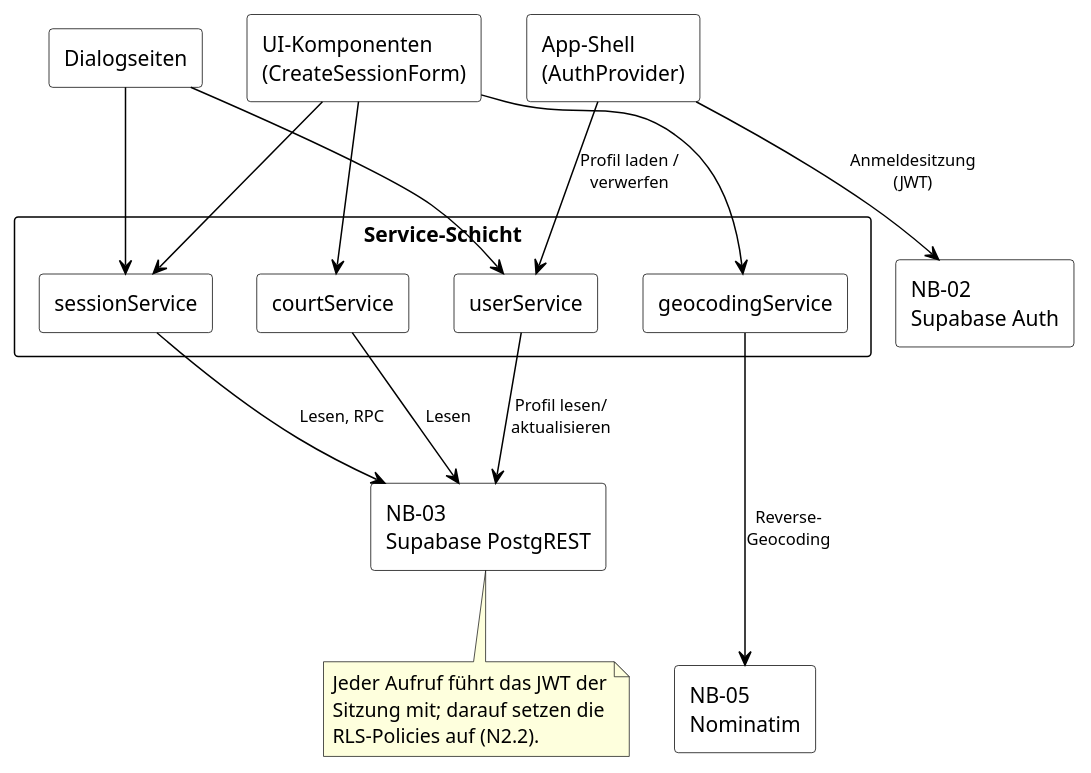
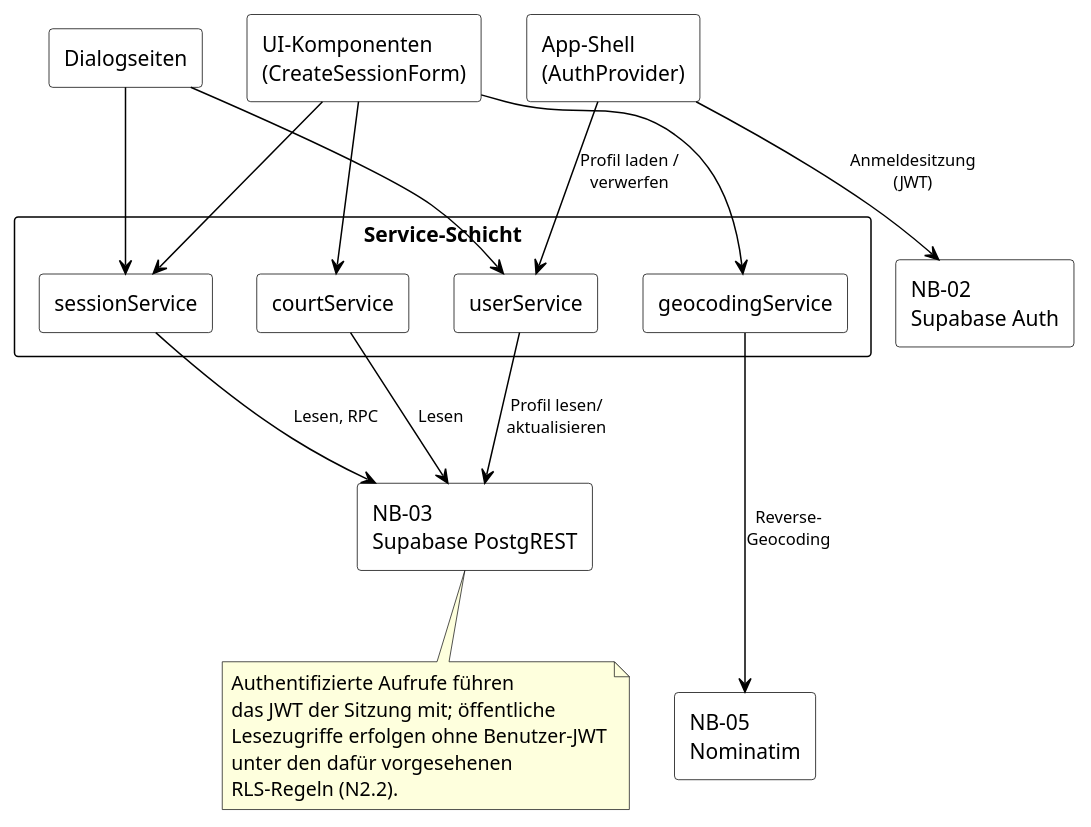
One commit to Finn5k/Wirtschaftsinformatik-Projekt-I changed the diagram in docs/arch/diagrams/A05-bausteinsicht-service-schicht.puml. Above: the diagram before and after it, drawn with PlantUML. The commit also changed 13 other files, not shown here.

Commit message:
docs: align final specification and architecture consistency

```diff
--- a/docs/arch/diagrams/A05-bausteinsicht-service-schicht.puml
+++ b/docs/arch/diagrams/A05-bausteinsicht-service-schicht.puml
@@ -1,58 +1,60 @@
 @startuml A05-bausteinsicht-service-schicht
 skinparam backgroundColor White
 skinparam shadowing false
 skinparam ArrowColor Black
 skinparam ArrowFontSize 11
 skinparam rectangle {
   BackgroundColor White
   BorderColor Black
 }
 skinparam nodesep 30
 skinparam ranksep 60
 
 rectangle "Dialogseiten" as Pages
 rectangle "UI-Komponenten\n(CreateSessionForm)" as UIComp
 rectangle "App-Shell\n(AuthProvider)" as Shell
 
 rectangle "**Service-Schicht**" {
   rectangle "sessionService" as SessionSvc
   rectangle "courtService" as CourtSvc
   rectangle "geocodingService" as GeoSvc
   rectangle "userService" as UserSvc
 
   SessionSvc -[hidden]right-> CourtSvc
   CourtSvc -[hidden]right-> GeoSvc
   GeoSvc -[hidden]right-> UserSvc
 }
 
 rectangle "NB-02\nSupabase Auth" as NB02
 rectangle "NB-03\nSupabase PostgREST" as NB03
 rectangle "NB-05\nNominatim" as NB05
 
 Pages -[hidden]right-> UIComp
 UIComp -[hidden]right-> Shell
 
 Pages --> SessionSvc
 Pages --> UserSvc
 UIComp --> CourtSvc
 UIComp --> GeoSvc
 UIComp -[#Black]-> SessionSvc
 Shell -[#Black]-> UserSvc : Profil laden /\nverwerfen
 
 Shell -[#Black]-> NB02 : Anmeldesitzung\n(JWT)
 
 SessionSvc -[#Black]-> NB03 : Lesen, RPC
 CourtSvc -[#Black]-> NB03 : Lesen
 UserSvc -[#Black]-> NB03 : Profil lesen/\naktualisieren
 GeoSvc -[#Black]-> NB05 : Reverse-\nGeocoding
 
 NB02 -[hidden]- NB03
 NB03 -[hidden]- NB05
 
 note bottom of NB03
-  Jeder Aufruf führt das JWT der
-  Sitzung mit; darauf setzen die
-  RLS-Policies auf (N2.2).
+  Authentifizierte Aufrufe führen
+  das JWT der Sitzung mit; öffentliche
+  Lesezugriffe erfolgen ohne Benutzer-JWT
+  unter den dafür vorgesehenen
+  RLS-Regeln (N2.2).
 end note
 
 @enduml
```
